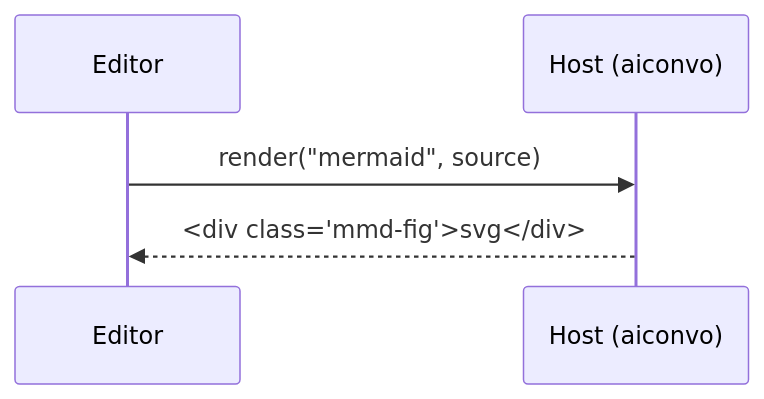
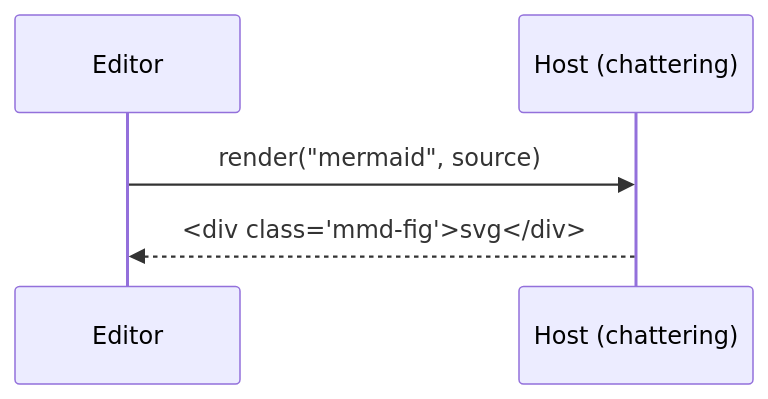
The third of 4 diagrams in manual-test/links-and-diagrams/diagrams.md (MaximeRivest/aiconvo), drawn with Mermaid before and after one commit. The commit also changed 193 other files, not shown here.

````diff
--- a/manual-test/links-and-diagrams/diagrams.md
+++ b/manual-test/links-and-diagrams/diagrams.md
@@ -30,7 +30,7 @@
 ```mermaid
 sequenceDiagram
   participant E as Editor
-  participant H as Host (aiconvo)
+  participant H as Host (chattering)
   E->>H: render("mermaid", source)
   H-->>E: <div class="mmd-fig">svg</div>
 ```
````
